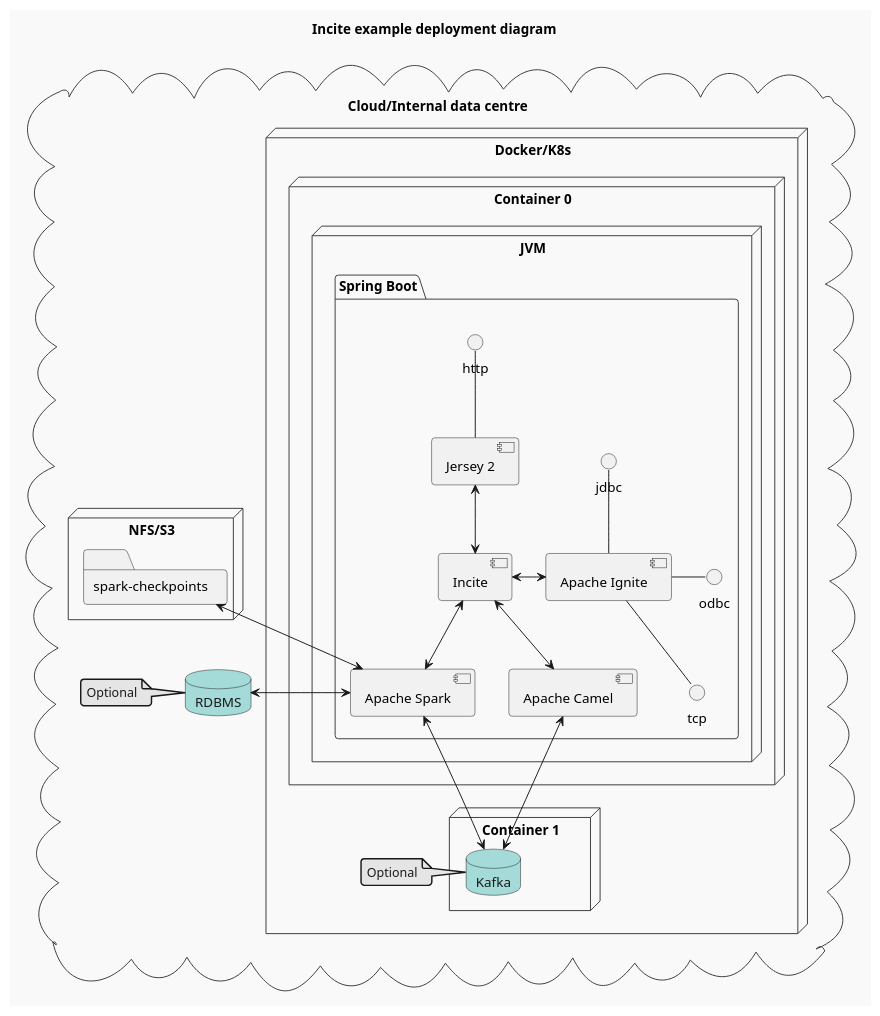
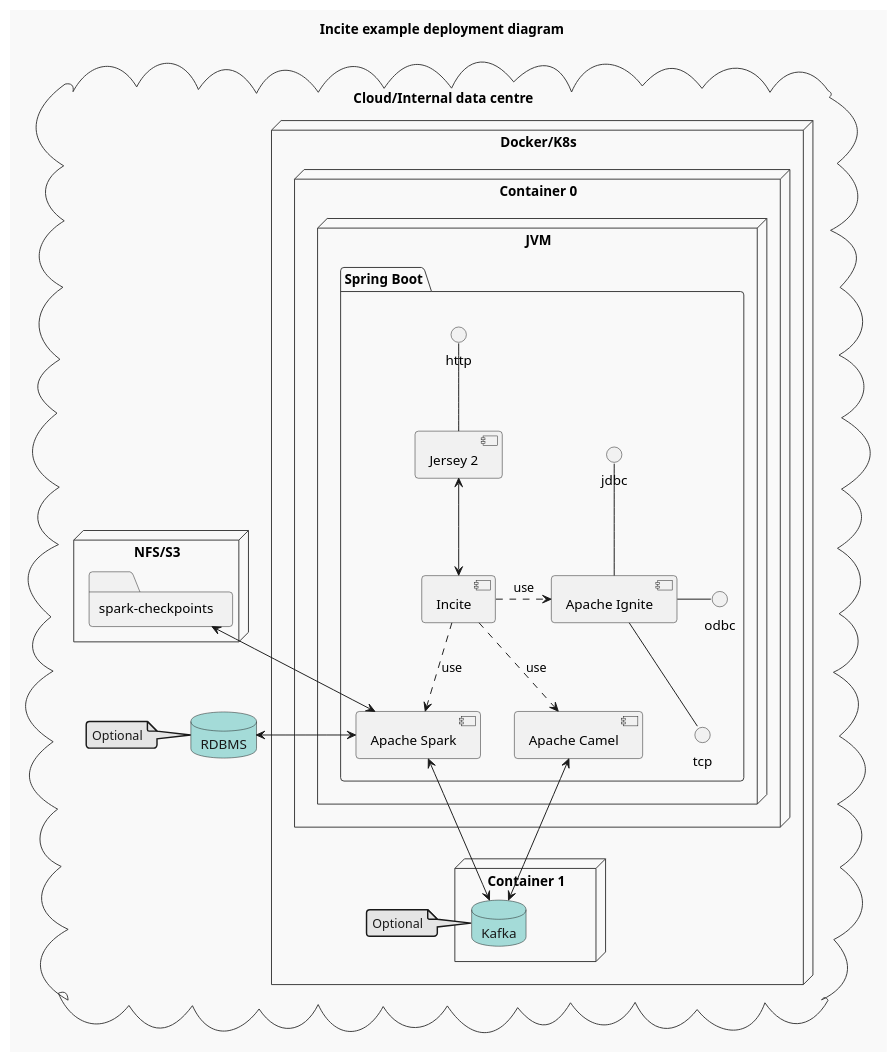
The diagram in deployment_diagram.puml (Stiggy-C/incite), drawn with PlantUML before and after one commit. The commit also changed 17 other files, not shown here.

```diff
--- a/deployment_diagram.puml
+++ b/deployment_diagram.puml
@@ -1,55 +1,55 @@
 @startuml
 'https://plantuml.com/deployment-diagram
 
 !theme mars
 
 title "Incite example deployment diagram"
 
 cloud "Cloud/Internal data centre" {
 
     node "Docker/K8s" {
         node "Container 0" {
             node "JVM" {
                 package "Spring Boot" {
                     component "Apache Camel" as camel
                     component "Apache Ignite" as ignite
                     component "Apache Spark" as spark
                     component "Incite" as incite
                     component "Jersey 2" as jersey2
 
                     interface "tcp" as tcp0
 
                    http -- jersey2
                    jersey2 <--> incite
-                   incite <--> camel
-                   incite <-right-> ignite
-                   incite <--> spark
+                   incite ..> camel : use
+                   incite .right.> ignite : use
+                   incite ..> spark : use
 
                    jdbc -- ignite
                    odbc -left- ignite
                    tcp0 -up- ignite
                 }
             }
         }
 
         node "Container 1" {
             database "Kafka" as kafka
         }
 
         note left of kafka: Optional
     }
 
     database "RDBMS" as rdbms
 
     note left of rdbms: Optional
 
     node "NFS/S3" {
         folder "spark-checkpoints" as sparkCheckPointsFolder
     }
 
     camel <--> kafka
     spark <-up-> sparkCheckPointsFolder
     spark <--> kafka
     spark <-left-> rdbms
 }
 @enduml
```
